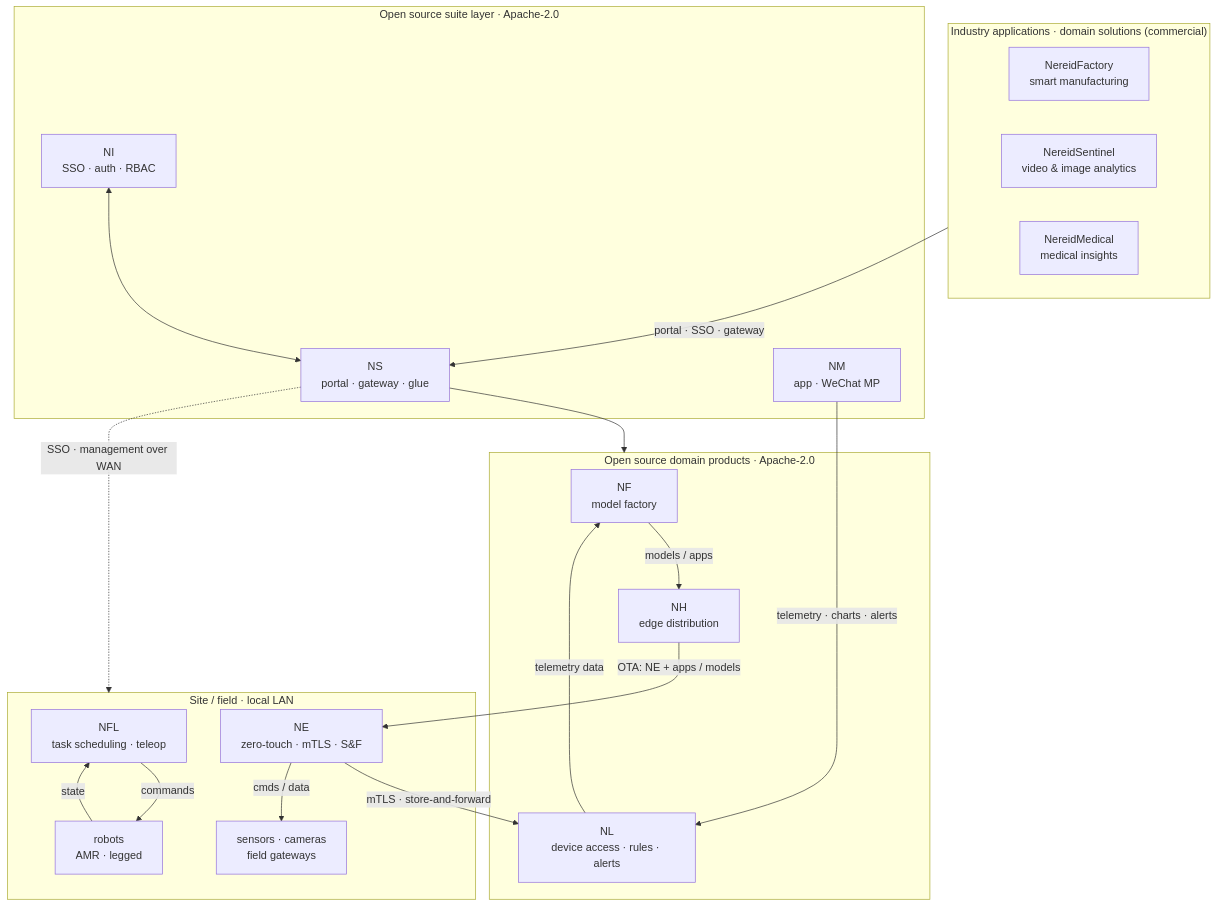
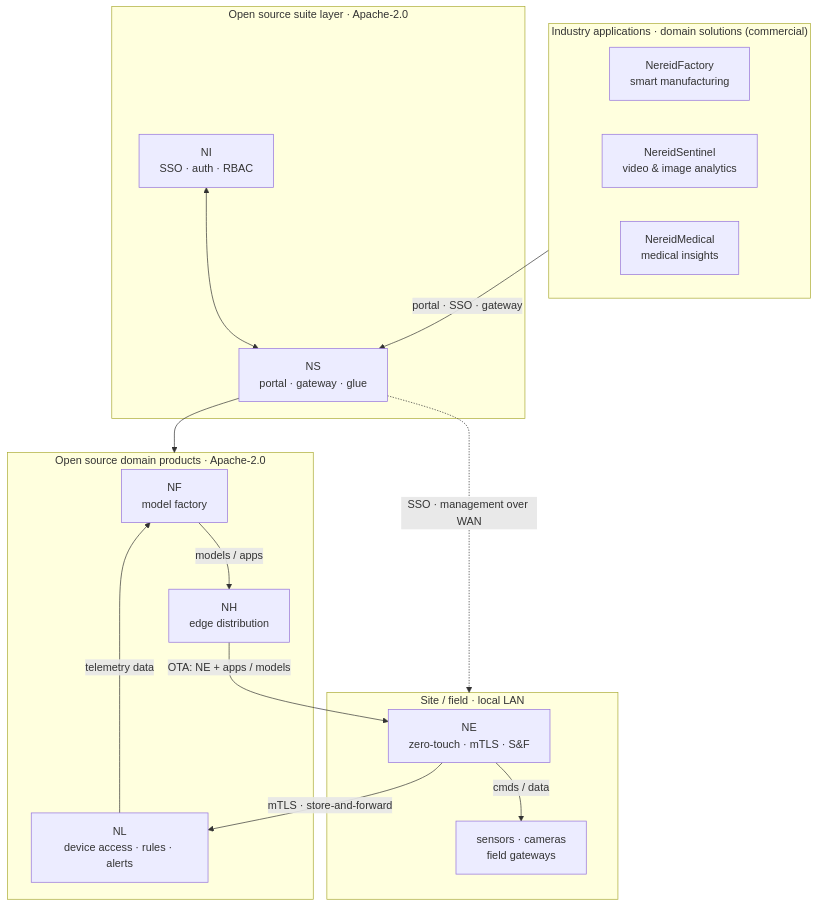
Before and after one commit to NereidAI/nereidai.github.io: the diagram in docs/en/products/index.md, drawn with Mermaid. The commit also changed other lines of this file and 81 other files, not shown here.

````diff
--- a/docs/en/products/index.md
+++ b/docs/en/products/index.md
@@ -60,40 +59,34 @@
 ```mermaid
 flowchart TB
     subgraph APPS["Industry applications · domain solutions (commercial)"]
         FACTORY["NereidFactory\nsmart manufacturing"]
         SENTINEL["NereidSentinel\nvideo & image analytics"]
         MEDICAL["NereidMedical\nmedical insights"]
     end
 
     subgraph SUITE["Open source suite layer · Apache-2.0"]
         IDENTITY["NI\nSSO · auth · RBAC"]
         SPHERE["NS\nportal · gateway · glue"]
-        MOBILE["NM\napp · WeChat MP"]
     end
 
     subgraph CORE["Open source domain products · Apache-2.0"]
         FORGE["NF\nmodel factory"]
         HORIZON["NH\nedge distribution"]
         LINK["NL\ndevice access · rules · alerts"]
     end
 
     subgraph SITE["Site / field · local LAN"]
-        FLEET["NFL\ntask scheduling · teleop"]
-        ROBOTS["robots\nAMR · legged"]
         EDGE["NE\nzero-touch · mTLS · S&F"]
         SENSORS["sensors · cameras\nfield gateways"]
     end
 
     APPS -->|portal · SSO · gateway| SPHERE
     IDENTITY <--> SPHERE
-    MOBILE -->|telemetry · charts · alerts| LINK
     SPHERE --> CORE
     FORGE -->|models / apps| HORIZON
     HORIZON -->|OTA: NE + apps / models| EDGE
     EDGE -->|mTLS · store-and-forward| LINK
     LINK -->|telemetry data| FORGE
-    FLEET -->|commands| ROBOTS
-    ROBOTS -->|state| FLEET
     EDGE -->|cmds / data| SENSORS
     SPHERE -.->|SSO · management over WAN| SITE
 ```
````
